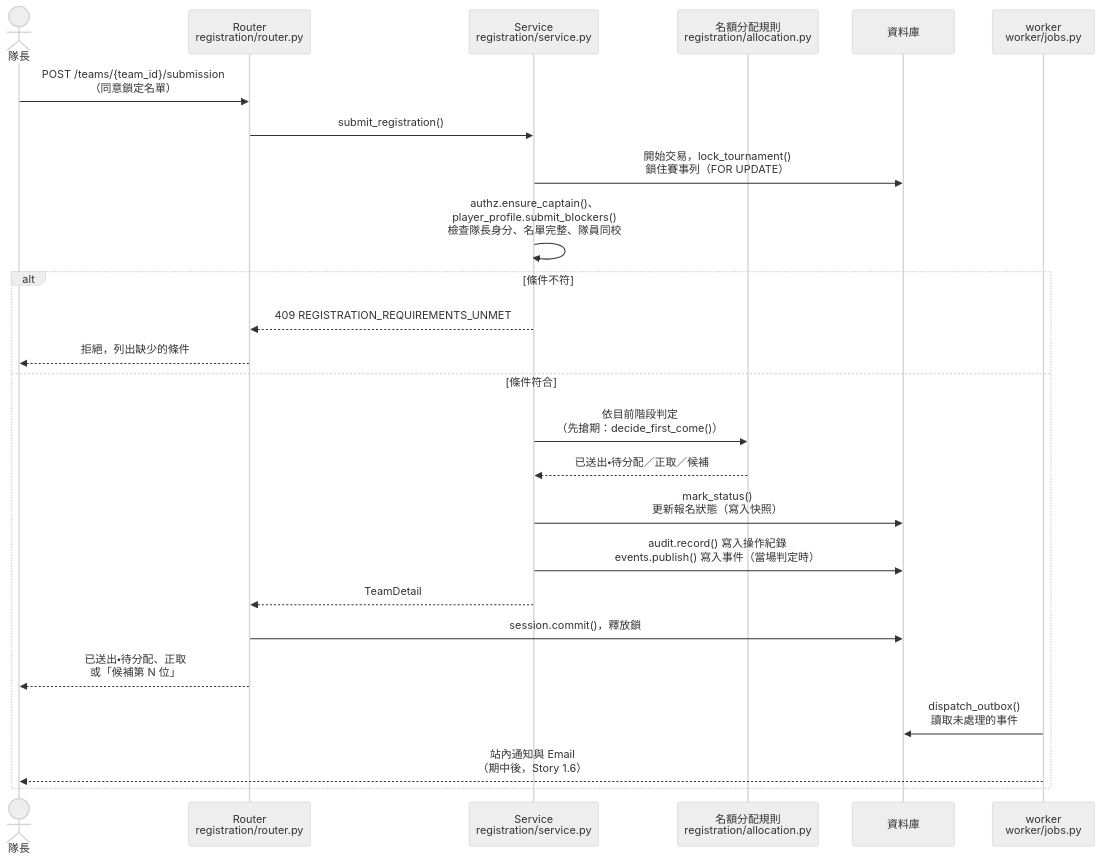
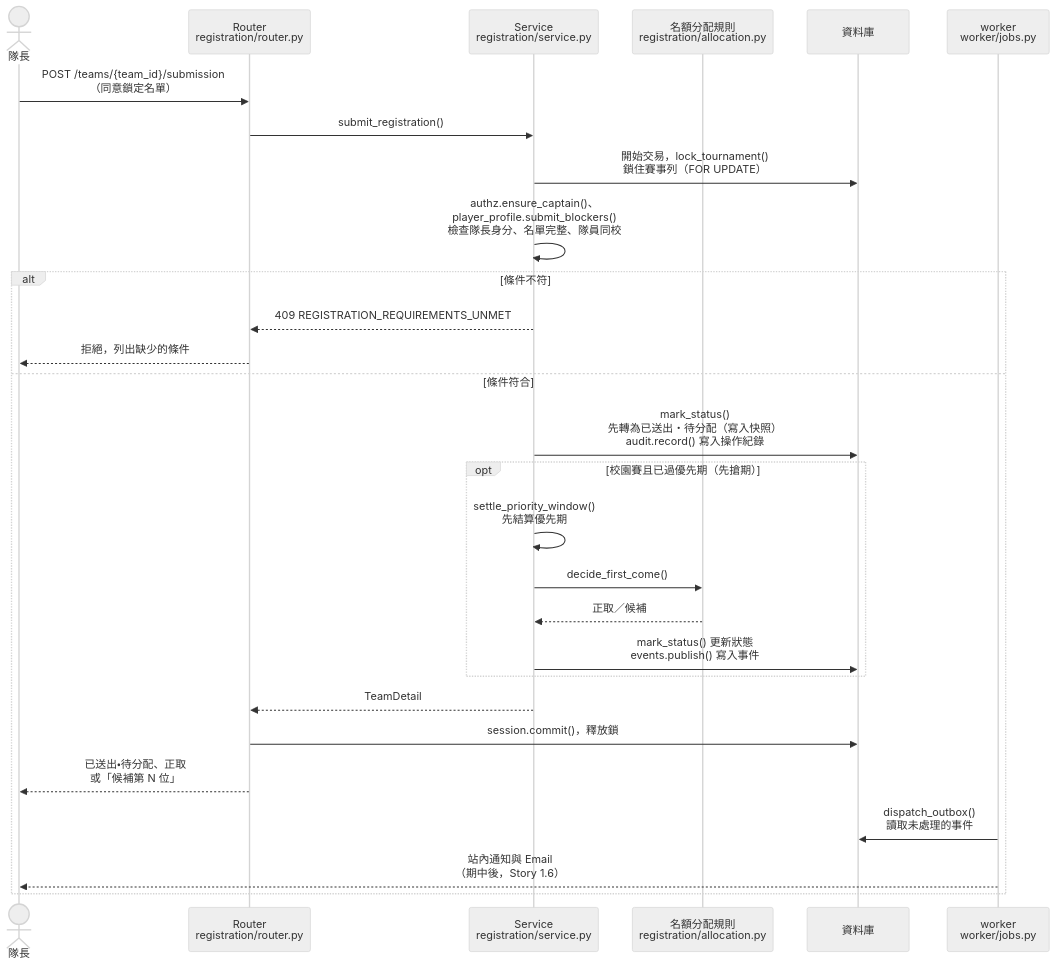
Diagram 17 of 19 in docs/midterm/B-軟體需求分析文件.md (Team14good/esport-platform), drawn with Mermaid (neutral theme) before and after one commit. The commit also changed other lines of this file and 27 other files, not shown here.

First line of the commit message:
docs: B、C、D 其餘的圖全部對照程式標註 (#92)

````diff
--- a/docs/midterm/B-軟體需求分析文件.md
+++ b/docs/midterm/B-軟體需求分析文件.md
@@ -1385,27 +1457,30 @@
 ```mermaid
 sequenceDiagram
   actor Cap as 隊長
   participant R as Router<br/>registration/router.py
   participant S as Service<br/>registration/service.py
   participant AP as 名額分配規則<br/>registration/allocation.py
   participant DB as 資料庫
   participant W as worker<br/>worker/jobs.py
   Cap->>R: POST /teams/{team_id}/submission<br/>（同意鎖定名單）
   R->>S: submit_registration()
   S->>DB: 開始交易，lock_tournament()<br/>鎖住賽事列（FOR UPDATE）
   S->>S: authz.ensure_captain()、<br/>player_profile.submit_blockers()<br/>檢查隊長身分、名單完整、隊員同校
   alt 條件不符
     S-->>R: 409 REGISTRATION_REQUIREMENTS_UNMET
     R-->>Cap: 拒絕，列出缺少的條件
   else 條件符合
-    S->>AP: 依目前階段判定<br/>（先搶期：decide_first_come()）
-    AP-->>S: 已送出・待分配／正取／候補
-    S->>DB: mark_status()<br/>更新報名狀態（寫入快照）
-    S->>DB: audit.record() 寫入操作紀錄<br/>events.publish() 寫入事件（當場判定時）
+    S->>DB: mark_status()<br/>先轉為已送出・待分配（寫入快照）<br/>audit.record() 寫入操作紀錄
+    opt 校園賽且已過優先期（先搶期）
+      S->>S: settle_priority_window()<br/>先結算優先期
+      S->>AP: decide_first_come()
+      AP-->>S: 正取／候補
+      S->>DB: mark_status() 更新狀態<br/>events.publish() 寫入事件
+    end
     S-->>R: TeamDetail
     R->>DB: session.commit()，釋放鎖
     R-->>Cap: 已送出・待分配、正取<br/>或「候補第 N 位」
     W->>DB: dispatch_outbox()<br/>讀取未處理的事件
     W-->>Cap: 站內通知與 Email<br/>（期中後，Story 1.6）
   end
 ```
````
